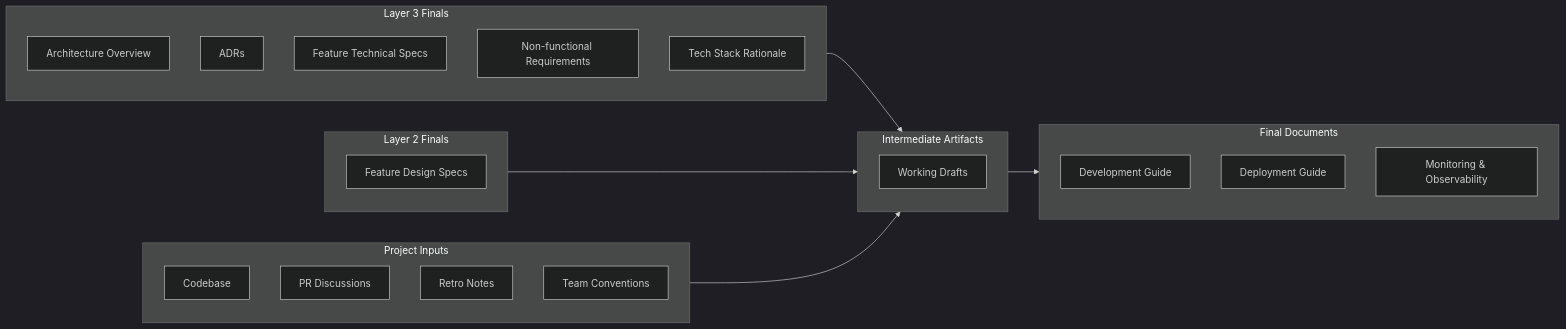
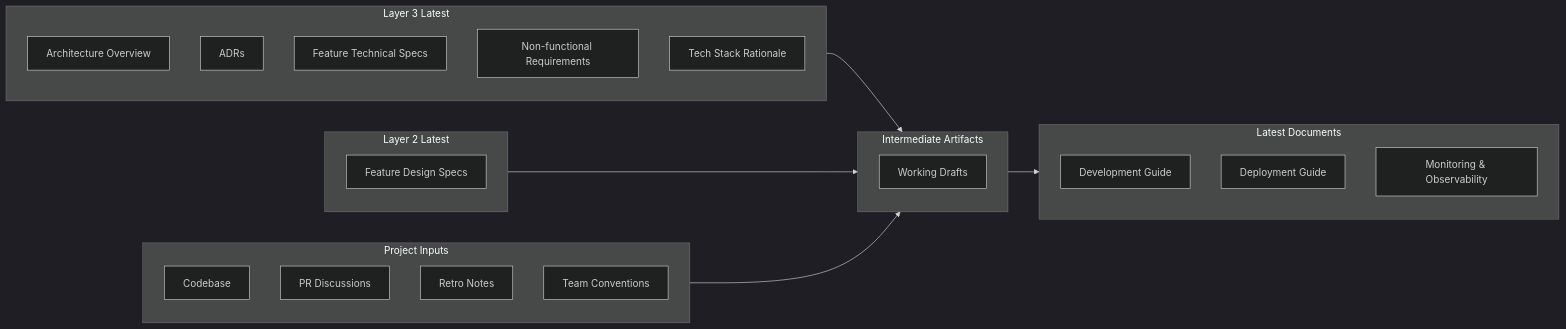
Before and after one commit to rafael-torre/db90-knowledge-base: the diagram in layers/layer-4-implementation/README.md, drawn with Mermaid (dark theme). The commit also changed other lines of this file and 166 other files, not shown here.

Commit message:
Rename final/ folder to latest/ across all layers

````diff
--- a/layers/layer-4-implementation/README.md
+++ b/layers/layer-4-implementation/README.md
@@ -17,36 +17,36 @@
 ```mermaid
 flowchart LR
-    subgraph upstream3 [Layer 3 Finals]
+    subgraph upstream3 [Layer 3 Latest]
         U1[Architecture Overview]
         U2[ADRs]
         U3[Feature Technical Specs]
         U4[Non-functional Requirements]
         U5[Tech Stack Rationale]
     end
 
-    subgraph upstream2 [Layer 2 Finals]
+    subgraph upstream2 [Layer 2 Latest]
         U6[Feature Design Specs]
     end
 
     subgraph project [Project Inputs]
         P1[Codebase]
         P2[PR Discussions]
         P3[Retro Notes]
         P4[Team Conventions]
     end
 
     subgraph intermediate [Intermediate Artifacts]
         I1[Working Drafts]
     end
 
-    subgraph final [Final Documents]
+    subgraph latest [Latest Documents]
         F1[Development Guide]
         F2[Deployment Guide]
         F3[Monitoring & Observability]
     end
 
     upstream3 --> intermediate
     upstream2 --> intermediate
     project --> intermediate
-    intermediate --> final
+    intermediate --> latest
 ```
````
